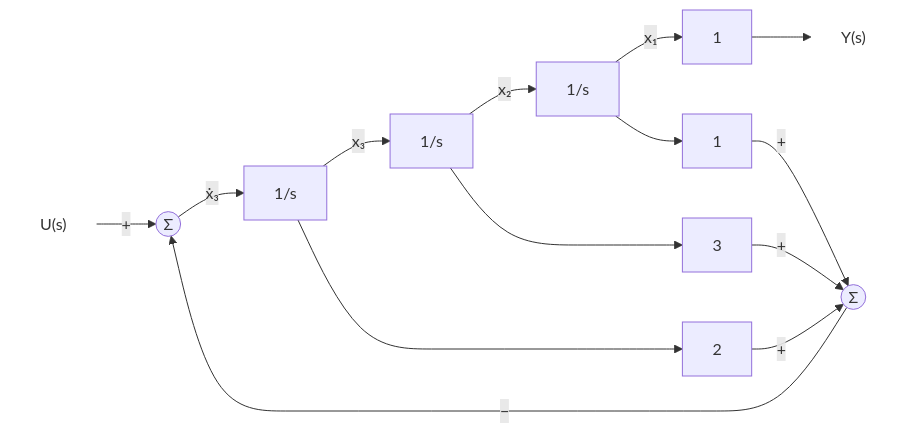
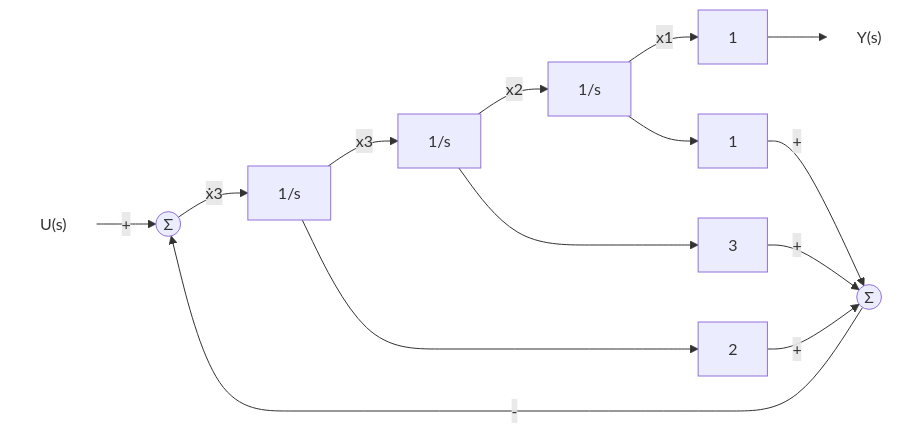
One commit to Choroning/25Fall_Neural-Network-Control-Systems changed diagram 13 of 14 in Lecture-Notes/Week06_Control-System-Modeling-III/Concepts_Lecture.ko.md. Above: the diagram before and after it, drawn with Mermaid. The commit also changed other lines of this file and 25 other files, not shown here.

````diff
--- a/Lecture-Notes/Week06_Control-System-Modeling-III/Concepts_Lecture.ko.md
+++ b/Lecture-Notes/Week06_Control-System-Modeling-III/Concepts_Lecture.ko.md
@@ -766,18 +770,18 @@
 ```mermaid
 flowchart LR
-  U["U(s)"] -->|"+"| S1(("Σ"))
-  S1 -->|"ẋ₃"| I3["1/s"]
-  I3 -->|"x₃"| I2["1/s"]
-  I2 -->|"x₂"| I1["1/s"]
-  I1 -->|"x₁"| C0["1"]
+  U["U(s)"] -->|"#43;"| S1(("Σ"))
+  S1 -->|"ẋ3"| I3["1/s"]
+  I3 -->|"x3"| I2["1/s"]
+  I2 -->|"x2"| I1["1/s"]
+  I1 -->|"x1"| C0["1"]
   C0 --> Y["Y(s)"]
   I3 --> A2["2"]
   I2 --> A1["3"]
   I1 --> A0["1"]
-  A2 -->|"+"| S2(("Σ"))
-  A1 -->|"+"| S2
-  A0 -->|"+"| S2
-  S2 -->|"−"| S1
+  A2 -->|"#43;"| S2(("Σ"))
+  A1 -->|"#43;"| S2
+  A0 -->|"#43;"| S2
+  S2 -->|"#45;"| S1
   classDef sig fill:none,stroke:none;
   class U,Y sig;
 ```
````
